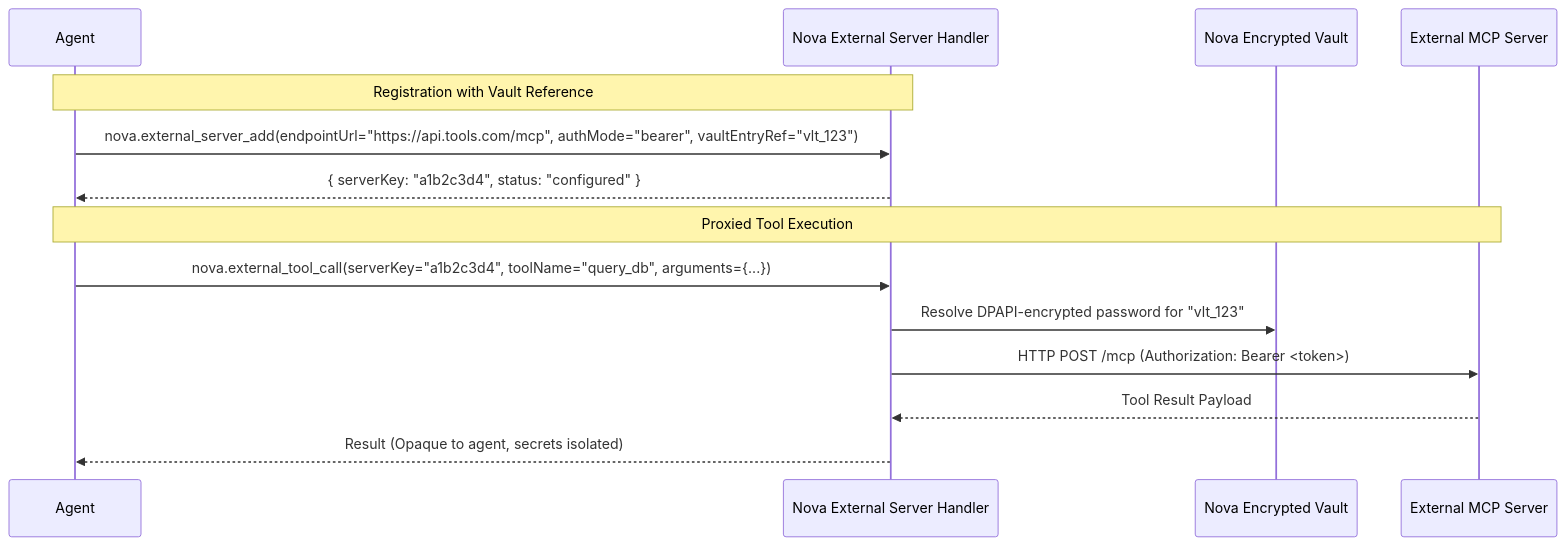
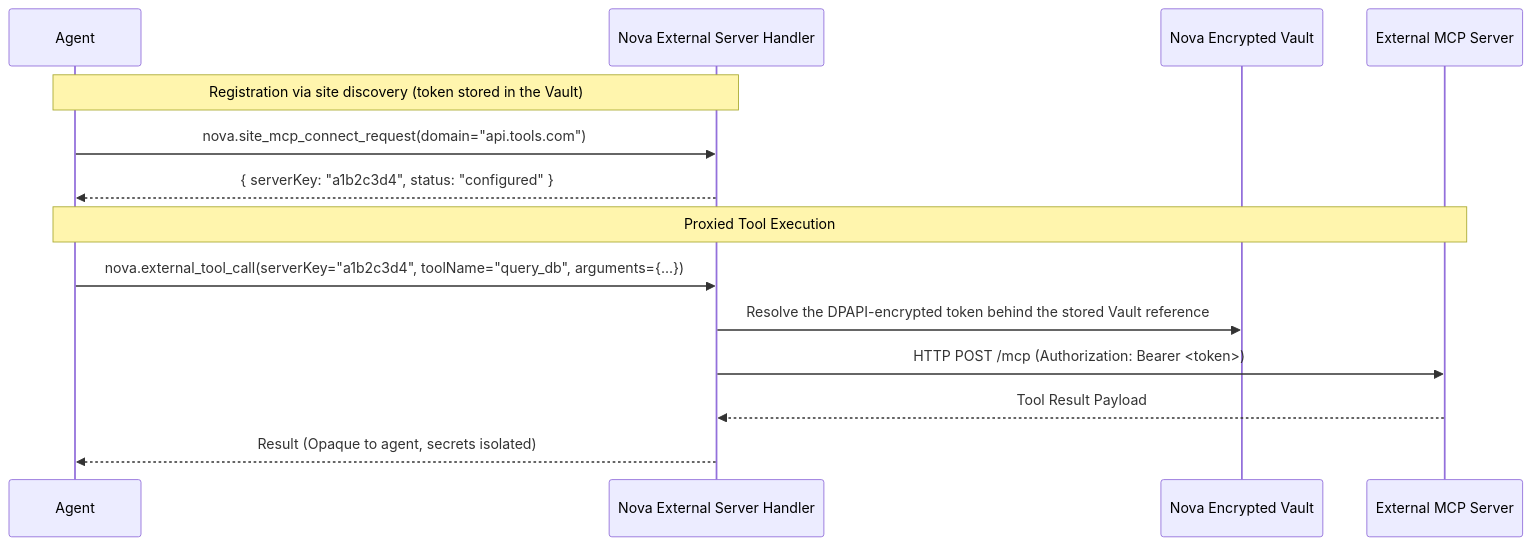
The second of 3 diagrams in docs/core-features/connectors/external-mcp/README.md (joelaniol/nova), drawn with Mermaid before and after one commit. The commit also changed other lines of this file and 27 other files, not shown here.

Commit message:
docs(scheduled-tasks): expand architecture reference with triggers, executors, and workspaces

````diff
--- a/docs/core-features/connectors/external-mcp/README.md
+++ b/docs/core-features/connectors/external-mcp/README.md
@@ -70,18 +70,18 @@
 ```mermaid
 sequenceDiagram
     participant Agent as Agent
     participant Nova as Nova External Server Handler
     participant Vault as Nova Encrypted Vault
     participant Remote as External MCP Server
 
-    Note over Agent,Nova: Registration with Vault Reference
-    Agent->>Nova: nova.external_server_add(endpointUrl="https://api.tools.com/mcp", authMode="bearer", vaultEntryRef="vlt_123")
+    Note over Agent,Nova: Registration via site discovery (token stored in the Vault)
+    Agent->>Nova: nova.site_mcp_connect_request(domain="api.tools.com")
     Nova-->>Agent: { serverKey: "a1b2c3d4", status: "configured" }
 
     Note over Agent,Remote: Proxied Tool Execution
     Agent->>Nova: nova.external_tool_call(serverKey="a1b2c3d4", toolName="query_db", arguments={...})
-    Nova->>Vault: Resolve DPAPI-encrypted password for "vlt_123"
+    Nova->>Vault: Resolve the DPAPI-encrypted token behind the stored Vault reference
     Nova->>Remote: HTTP POST /mcp (Authorization: Bearer <token>)
     Remote-->>Nova: Tool Result Payload
     Nova-->>Agent: Result (Opaque to agent, secrets isolated)
 ```
````
